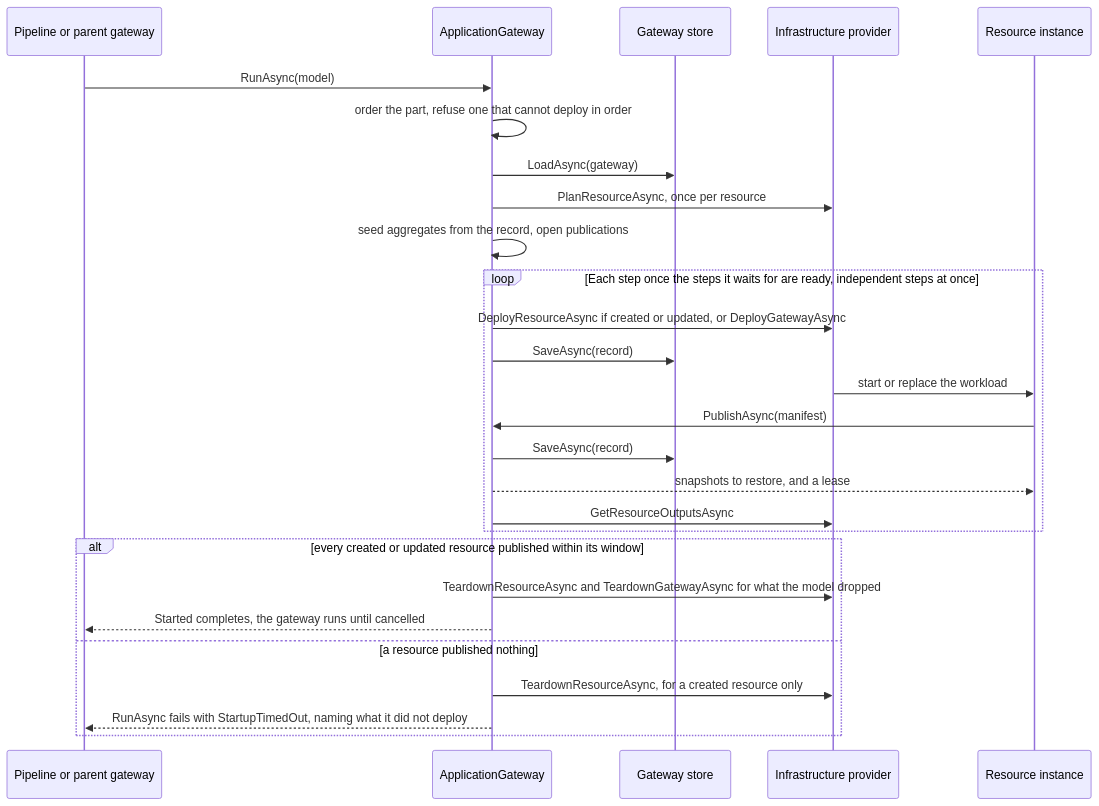
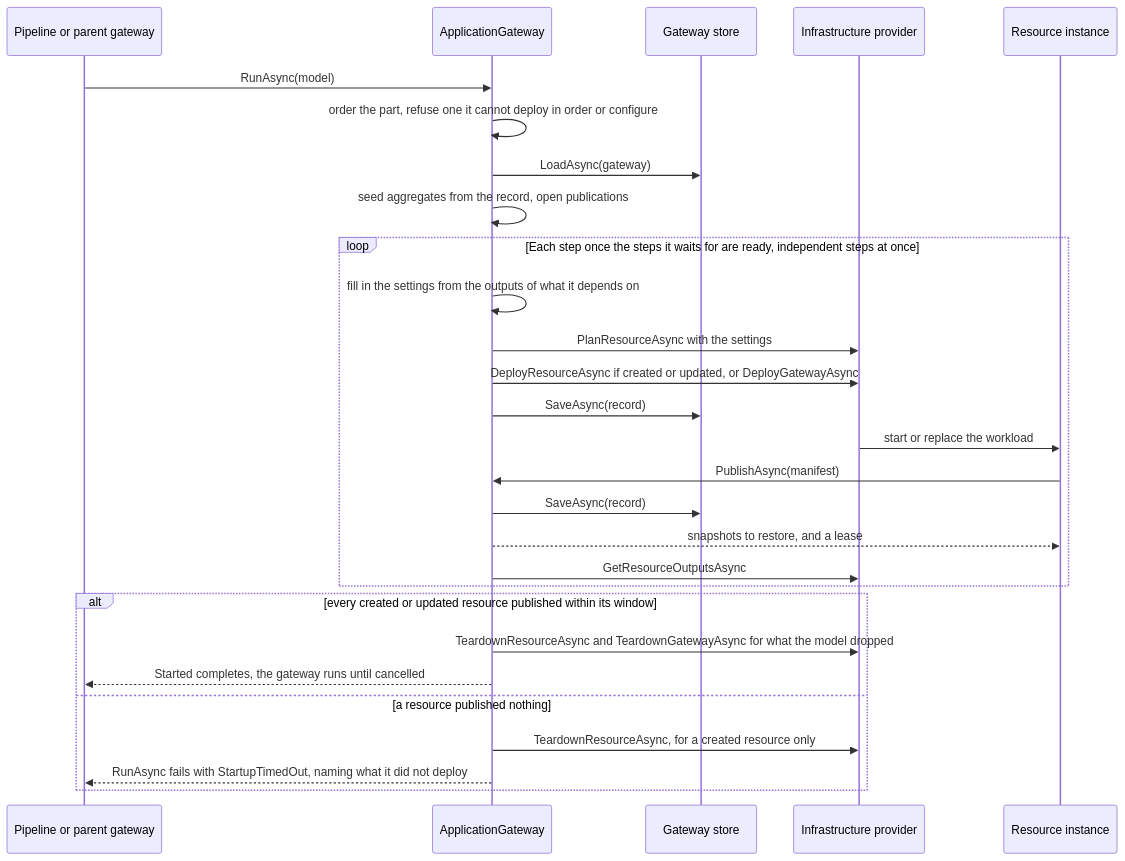
Before and after one commit to assimalign/cohesion: the second of 3 diagrams in libraries/ApplicationModel/Assimalign.Cohesion.ApplicationModel.Gateway/docs/DESIGN.md, drawn with Mermaid. The commit also changed other lines of this file and 27 other files, not shown here.

````diff
--- a/libraries/ApplicationModel/Assimalign.Cohesion.ApplicationModel.Gateway/docs/DESIGN.md
+++ b/libraries/ApplicationModel/Assimalign.Cohesion.ApplicationModel.Gateway/docs/DESIGN.md
@@ -41,29 +43,30 @@
 ```mermaid
 sequenceDiagram
     participant Caller as Pipeline or parent gateway
     participant GW as ApplicationGateway
     participant Store as Gateway store
     participant Infra as Infrastructure provider
     participant Inst as Resource instance
     Caller->>GW: RunAsync(model)
-    GW->>GW: order the part, refuse one that cannot deploy in order
+    GW->>GW: order the part, refuse one it cannot deploy in order or configure
     GW->>Store: LoadAsync(gateway)
-    GW->>Infra: PlanResourceAsync, once per resource
     GW->>GW: seed aggregates from the record, open publications
     loop Each step once the steps it waits for are ready, independent steps at once
+        GW->>GW: fill in the settings from the outputs of what it depends on
+        GW->>Infra: PlanResourceAsync with the settings
         GW->>Infra: DeployResourceAsync if created or updated, or DeployGatewayAsync
         GW->>Store: SaveAsync(record)
         Infra->>Inst: start or replace the workload
         Inst->>GW: PublishAsync(manifest)
         GW->>Store: SaveAsync(record)
         GW-->>Inst: snapshots to restore, and a lease
         GW->>Infra: GetResourceOutputsAsync
     end
     alt every created or updated resource published within its window
         GW->>Infra: TeardownResourceAsync and TeardownGatewayAsync for what the model dropped
         GW-->>Caller: Started completes, the gateway runs until cancelled
     else a resource published nothing
         GW->>Infra: TeardownResourceAsync, for a created resource only
         GW-->>Caller: RunAsync fails with StartupTimedOut, naming what it did not deploy
     end
 ```
````
